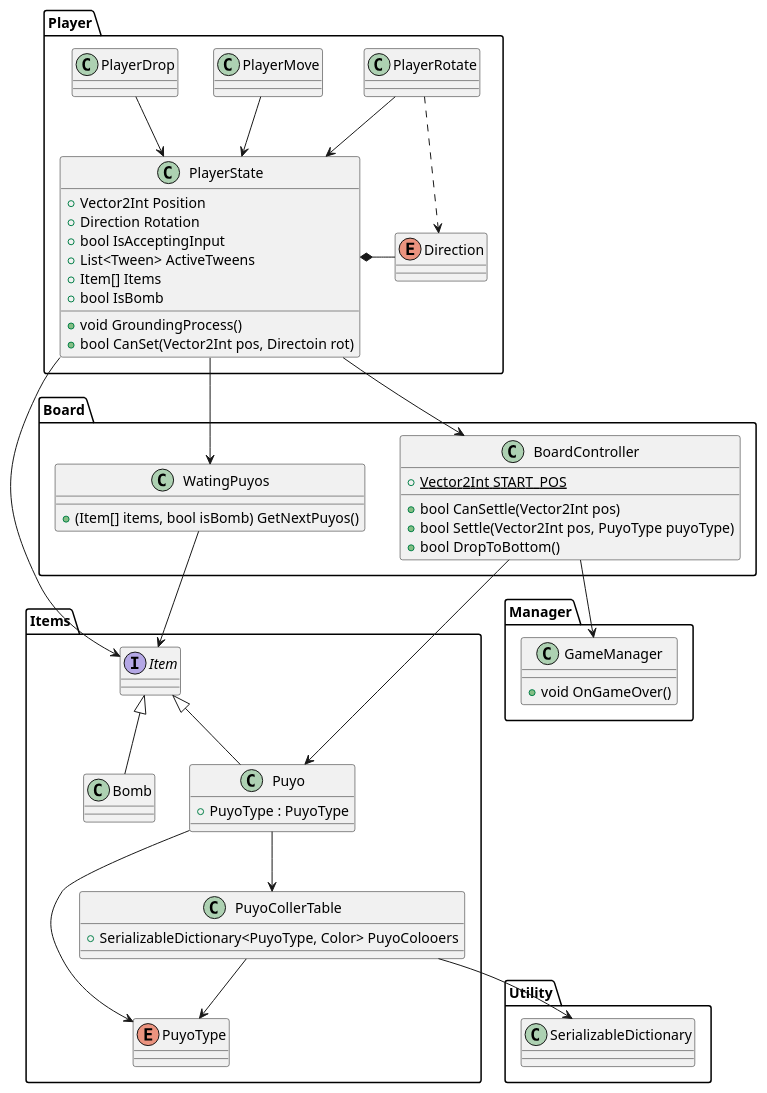
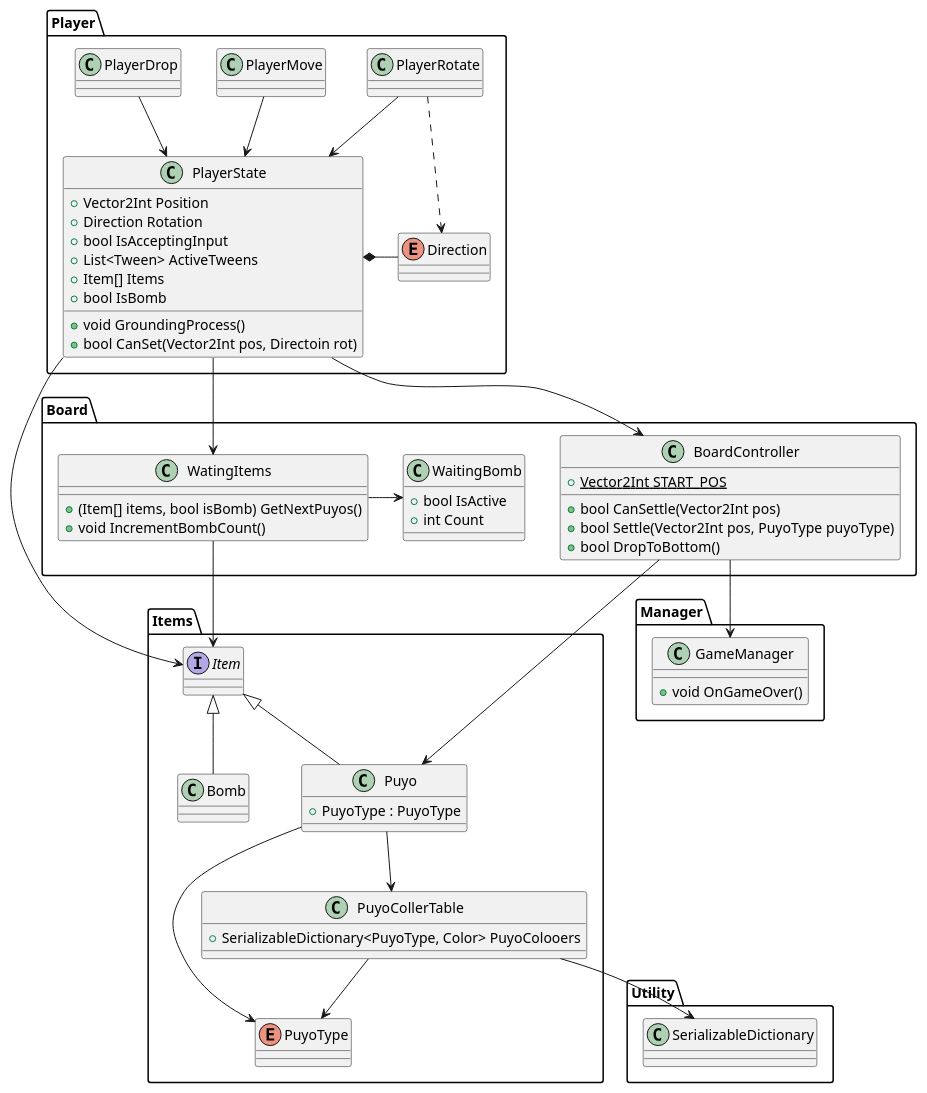
One commit to snnn30/UniteBlocks changed the diagram in puyopuyo.pu. Above: the diagram before and after it, drawn with PlantUML. The commit also changed 11 other files, not shown here.

```diff
--- a/puyopuyo.pu
+++ b/puyopuyo.pu
@@ -1,81 +1,89 @@
 @startuml hoge
 
 namespace Player{
     class PlayerRotate
     class PlayerMove
     class PlayerDrop
     class PlayerState{
         +Vector2Int Position
         +Direction Rotation    
         +bool IsAcceptingInput
         +List<Tween> ActiveTweens
         +Item[] Items
         +bool IsBomb
         +void GroundingProcess()
         +bool CanSet(Vector2Int pos, Directoin rot)
     }
     enum Direction
 
     PlayerDrop --> PlayerState
     PlayerRotate --> PlayerState
     PlayerMove --> PlayerState
     PlayerRotate ..> Direction
     PlayerState *- Direction
 }
 
 namespace Items{
     interface Item
     class Bomb
     class Puyo{
         +PuyoType : PuyoType
     }
     class PuyoCollerTable{
         +SerializableDictionary<PuyoType, Color> PuyoColooers
     }
     enum PuyoType
 
     Item <|-- Puyo
     Item <|-- Bomb
     Puyo --> PuyoCollerTable
     Puyo --> PuyoType
     PuyoCollerTable --> PuyoType
 }
 
 namespace Utility{
     class SerializableDictionary
 }
 
 namespace Manager{
     class GameManager{
         +void OnGameOver()
     }
 }
 
 
 namespace Board{
-    class WatingPuyos{
+    class WaitingBomb{
+        +bool IsActive
+        +int Count
+    }
+
+    class WatingItems{
         +(Item[] items, bool isBomb) GetNextPuyos()
+        +void IncrementBombCount()
     }
 
     class BoardController{
         {static} +Vector2Int START_POS
         +bool CanSettle(Vector2Int pos) 
         +bool Settle(Vector2Int pos, PuyoType puyoType)
         +bool DropToBottom()
     }
+
+    WaitingBomb <- WatingItems 
 }
 
 
 
 PuyoCollerTable --> SerializableDictionary
 
 PlayerState --> Item
 PlayerState --> BoardController
-PlayerState --> WatingPuyos
+PlayerState --> WatingItems
 
-WatingPuyos --> Item
+WatingItems --> Item
 BoardController --> Puyo
 BoardController --> GameManager
 
 
 @enduml
```
